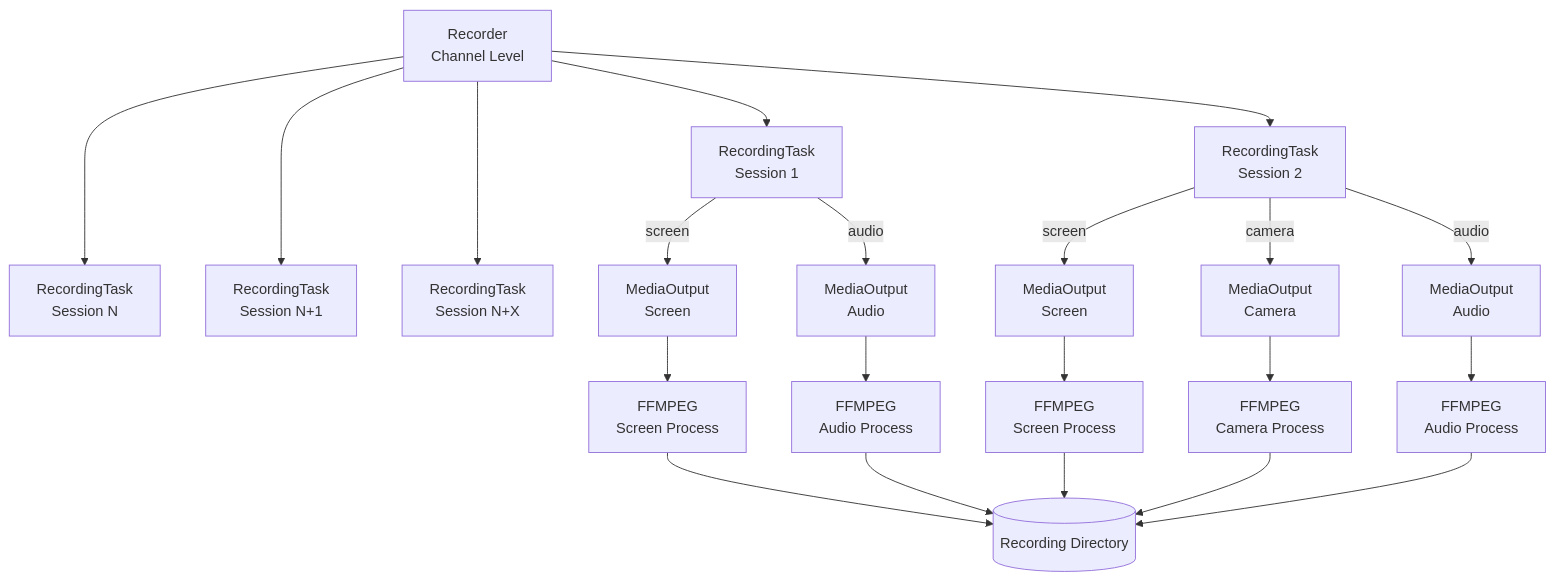
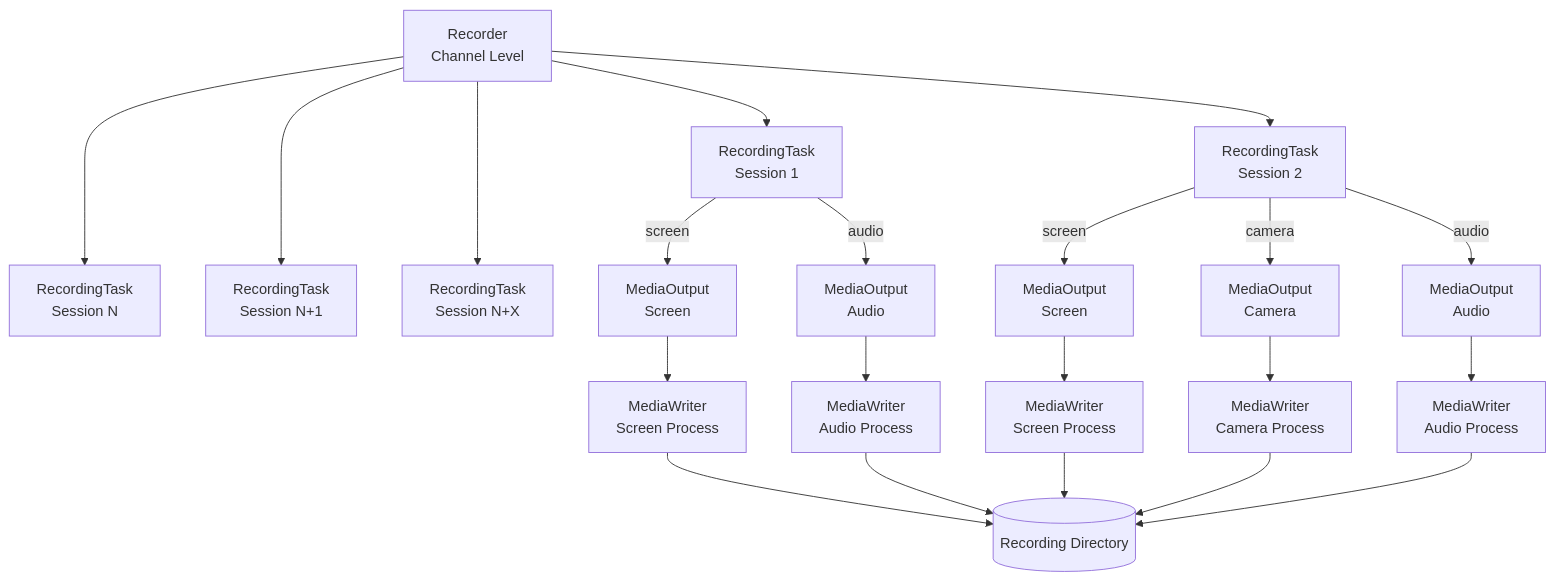
Before and after one commit to odoo/sfu: the diagram in doc/recording.md, drawn with Mermaid. The commit also changed other lines of this file and 7 other files, not shown here.

````diff
--- a/doc/recording.md
+++ b/doc/recording.md
@@ -10,21 +10,21 @@
 ```mermaid
 flowchart TB
    
     R["Recorder <br> Channel Level"] --> RT1["RecordingTask <br> Session 1"] & RT2["RecordingTask <br> Session 2"]
     R ---> RTN["RecordingTask <br> Session N"] & RTN1["RecordingTask <br> Session N+1"] & RTN0["RecordingTask <br> Session N+X"]
     RT1 -- audio --> MOA1["MediaOutput <br> Audio"]
     RT1 -- screen --> MOS1["MediaOutput <br> Screen"]
     RT2 -- screen --> MOS2["MediaOutput <br> Screen"]
     RT2 -- camera --> MOC2["MediaOutput <br> Camera"]
     RT2 -- audio --> MOA2["MediaOutput <br> Audio"]
-    MOA1 --> FFA1["FFMPEG <br> Audio Process"]
-    MOS1 --> FFS1["FFMPEG <br> Screen Process"]
-    MOA2 --> FFA2["FFMPEG <br> Audio Process"]
-    MOS2 --> FFS2["FFMPEG <br> Screen Process"]
-    MOC2 --> FFC2["FFMPEG <br> Camera Process"]
+    MOA1 --> FFA1["MediaWriter <br> Audio Process"]
+    MOS1 --> FFS1["MediaWriter <br> Screen Process"]
+    MOA2 --> FFA2["MediaWriter <br> Audio Process"]
+    MOS2 --> FFS2["MediaWriter <br> Screen Process"]
+    MOC2 --> FFC2["MediaWriter <br> Camera Process"]
     FFS1 --> DIR[("Recording Directory")]
     FFA1 --> DIR
     FFS2 --> DIR
     FFC2 --> DIR
     FFA2 --> DIR
 ```
````
